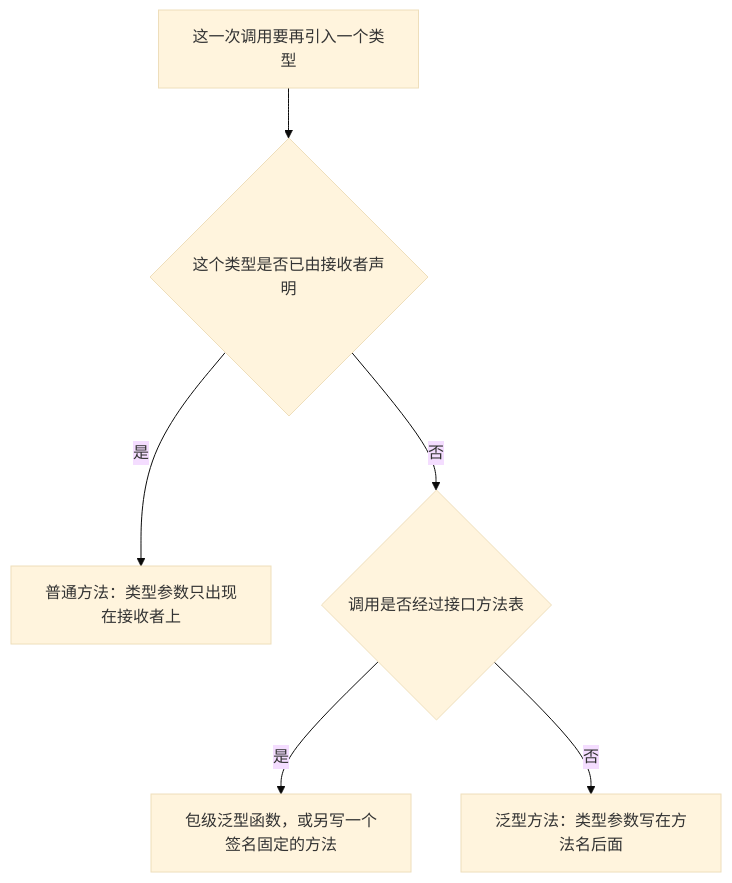
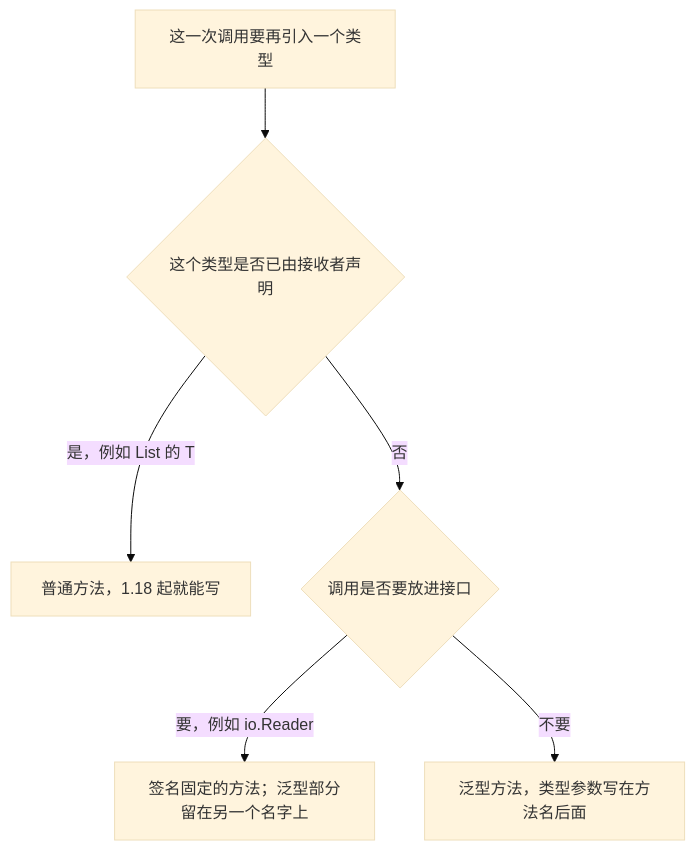
The second of 3 diagrams in _posts/2026-10-15-go-1-27-generic-methods.markdown (gerryyang2025/awesome-share), drawn with Mermaid (base theme) before and after one commit. The commit also changed other lines of this file, not shown here.

````diff
--- a/_posts/2026-10-15-go-1-27-generic-methods.markdown
+++ b/_posts/2026-10-15-go-1-27-generic-methods.markdown
@@ -89,9 +303,9 @@
 ```mermaid
 flowchart TD
   q["这一次调用要再引入一个类型"]
   q --> has{"这个类型是否已由接收者声明"}
-  has -->|是| plain["普通方法：类型参数只出现在接收者上"]
-  has -->|否| via{"调用是否经过接口方法表"}
-  via -->|是| fn["包级泛型函数，或另写一个签名固定的方法"]
-  via -->|否| gen["泛型方法：类型参数写在方法名后面"]
+  has -->|是，例如 List 的 T| plain["普通方法，1.18 起就能写"]
+  has -->|否| via{"调用是否要放进接口"}
+  via -->|要，例如 io.Reader| fn["签名固定的方法；泛型部分留在另一个名字上"]
+  via -->|不要| gen["泛型方法，类型参数写在方法名后面"]
 ```
````
